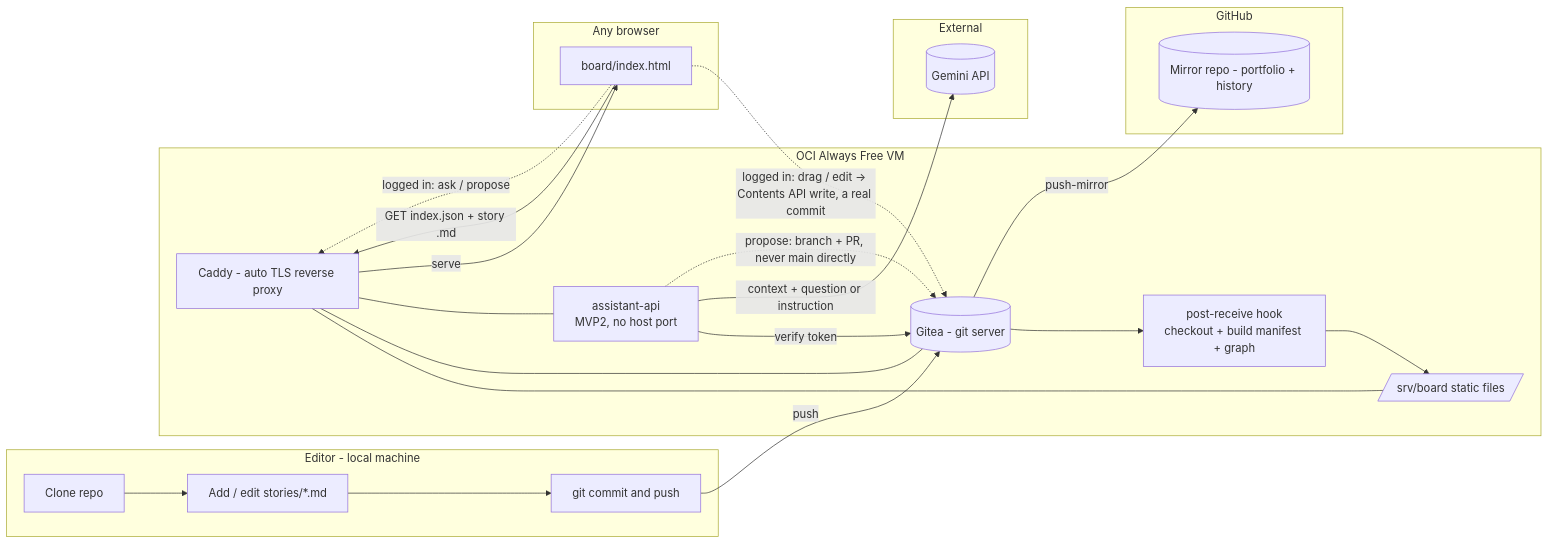
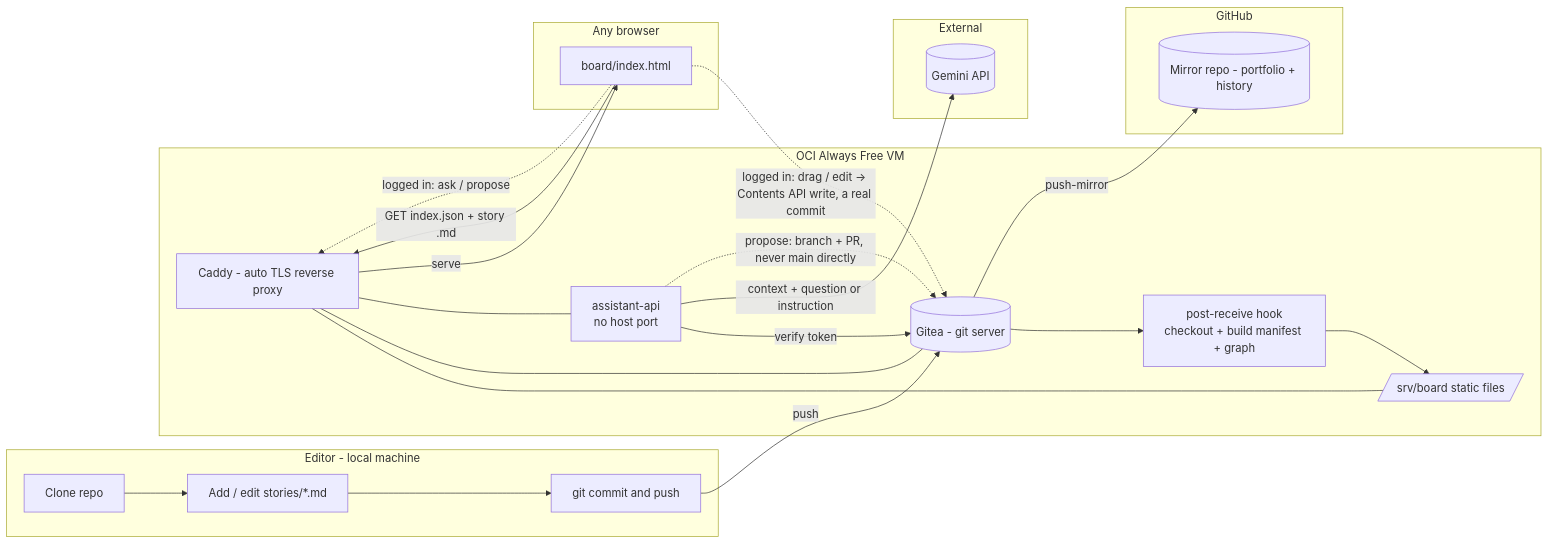
Before and after one commit to pmusachio/agile-board: the diagram in README.md, drawn with Mermaid. The commit also changed other lines of this file and 20 other files, not shown here.

````diff
--- a/README.md
+++ b/README.md
@@ -49,41 +48,41 @@
 ```mermaid
 flowchart LR
   subgraph editor[Editor - local machine]
     E1[Clone repo] --> E2[Add / edit stories/*.md]
     E2 --> E3[git commit and push]
   end
 
   subgraph oci[OCI Always Free VM]
     G[(Gitea - git server)]
     H[post-receive hook<br/>checkout + build manifest + graph]
     S[/srv/board static files/]
     C[Caddy - auto TLS reverse proxy]
-    A[assistant-api<br/>MVP2, no host port]
+    A[assistant-api<br/>no host port]
     G --> H --> S
     C --- S
     C --- G
     C --- A
   end
 
   subgraph gh[GitHub]
     M[(Mirror repo - portfolio + history)]
   end
 
   subgraph ext[External]
     Gem[(Gemini API)]
   end
 
   subgraph viewer[Any browser]
     V[board/index.html]
   end
 
   E3 -->|push| G
   G -->|push-mirror| M
   V -->|GET index.json + story .md| C
   C -->|serve| V
   V -.->|logged in: drag / edit -> Contents API write, a real commit| G
   V -.->|logged in: ask / propose| C
   A -->|verify token| G
   A -->|context + question or instruction| Gem
   A -.->|propose: branch + PR, never main directly| G
 ```
````
